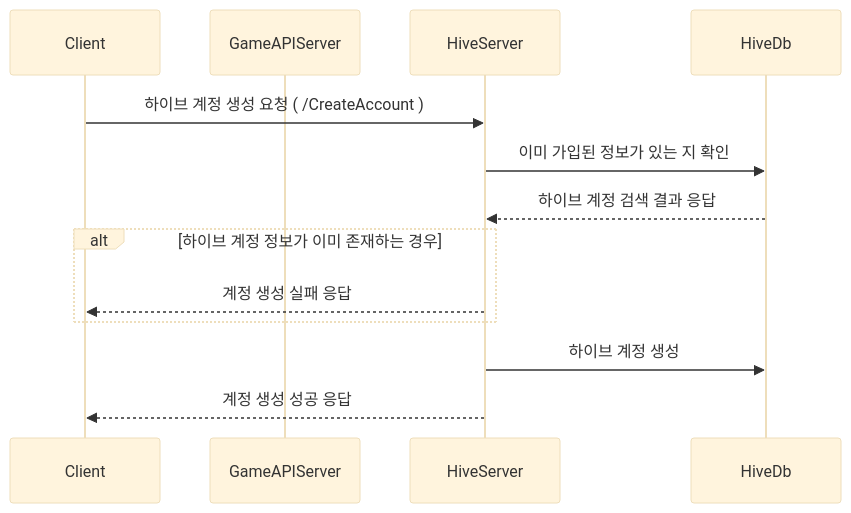
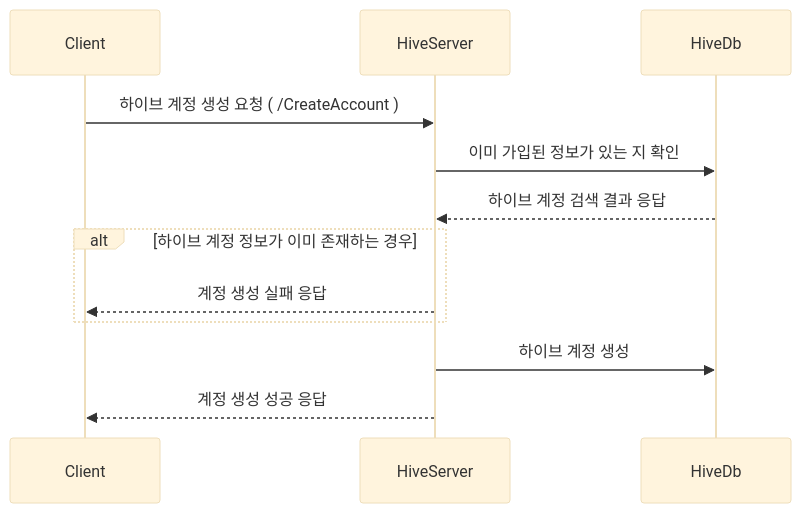
Before and after one commit to ks-wook/com2us_omok_server: the first of 2 diagrams in SequenceDiagram.md, drawn with Mermaid (base theme).

````diff
--- a/SequenceDiagram.md
+++ b/SequenceDiagram.md
@@ -3,20 +3,19 @@
 ```mermaid
 sequenceDiagram
     
     participant Client
-    participant GameAPIServer
     participant HiveServer
     participant HiveDb
 
 
     Client             ->> HiveServer:        하이브 계정 생성 요청 ( /CreateAccount )
     HiveServer         ->> HiveDb:            이미 가입된 정보가 있는 지 확인
     HiveDb            -->> HiveServer:        하이브 계정 검색 결과 응답
     alt 하이브 계정 정보가 이미 존재하는 경우
         HiveServer    -->> Client:            계정 생성 실패 응답
     end
 
     HiveServer         ->> HiveDb:            하이브 계정 생성
     HiveServer        -->> Client:            계정 생성 성공 응답
 
 ```
````
